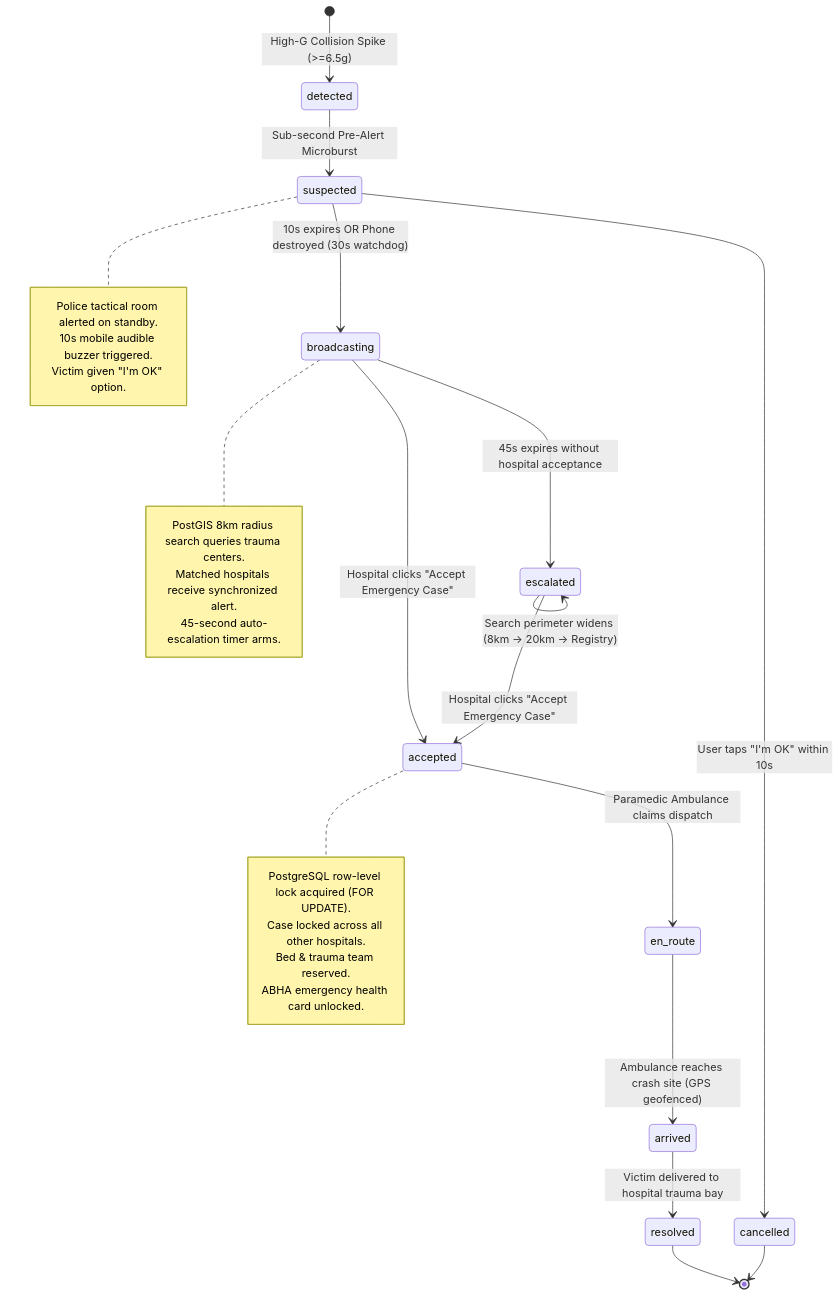
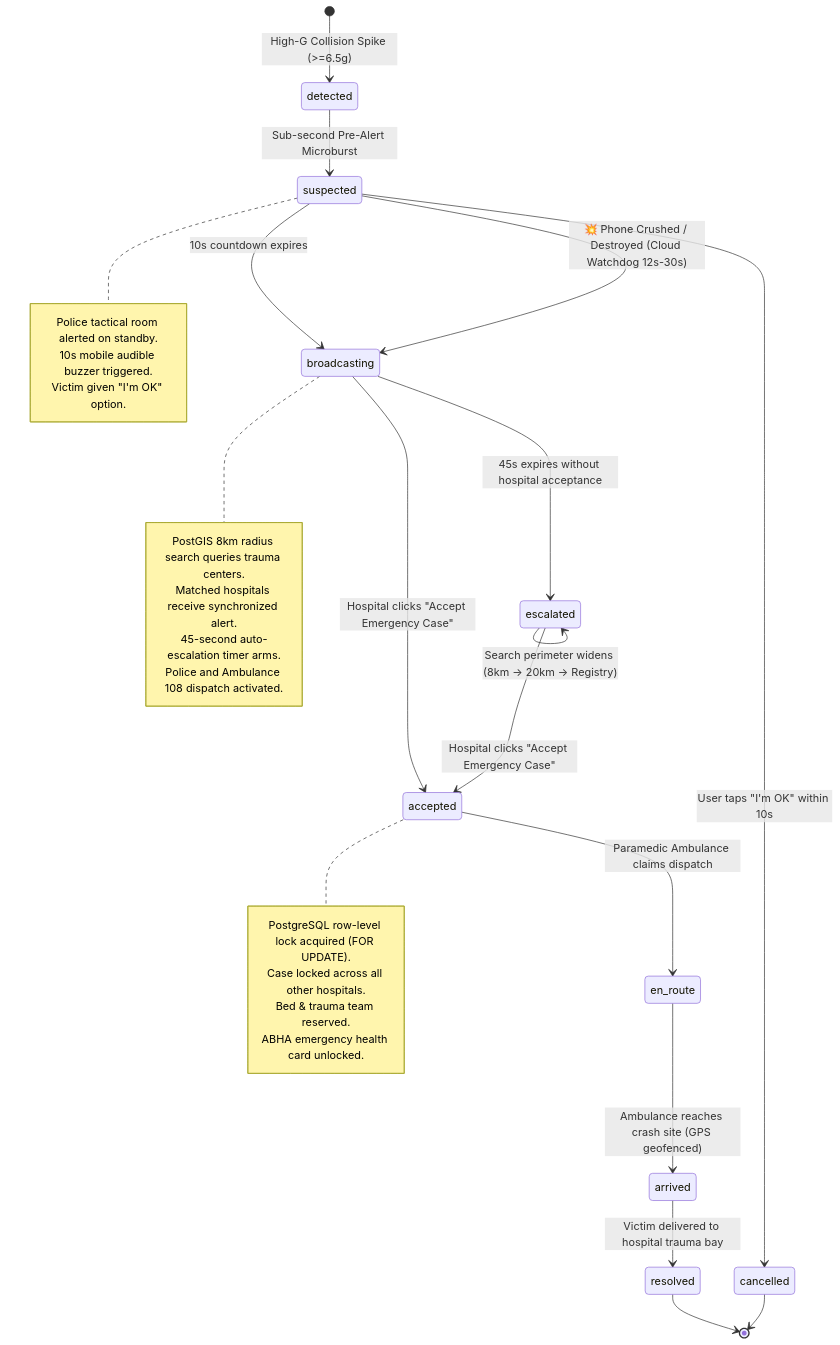
The second of 3 diagrams in README_CODEBASE_EXPLAINED.md (StevinJoseph22/Rakshak-AI), drawn with Mermaid before and after one commit. The commit also changed other lines of this file and 2 other files, not shown here.

Commit message:
docs: add catastrophic phone breakdown watchdog, 5km hospital radar with Google Maps, citizen UI revamp, and ambulance cockpit to all READMEs

````diff
--- a/README_CODEBASE_EXPLAINED.md
+++ b/README_CODEBASE_EXPLAINED.md
@@ -69,39 +73,41 @@
 ```mermaid
 stateDiagram-v2
     [*] --> detected: High-G Collision Spike (>=6.5g)
     detected --> suspected: Sub-second Pre-Alert Microburst
     
     note right of suspected
         Police tactical room alerted on standby.
         10s mobile audible buzzer triggered.
         Victim given "I'm OK" option.
     end note
 
     suspected --> cancelled: User taps "I'm OK" within 10s
-    suspected --> broadcasting: 10s expires OR Phone destroyed (30s watchdog)
+    suspected --> broadcasting: 10s countdown expires
+    suspected --> broadcasting: 💥 Phone Crushed / Destroyed (Cloud Watchdog 12s-30s)
     
     note right of broadcasting
         PostGIS 8km radius search queries trauma centers.
         Matched hospitals receive synchronized alert.
         45-second auto-escalation timer arms.
+        Police and Ambulance 108 dispatch activated.
     end note
 
     broadcasting --> escalated: 45s expires without hospital acceptance
     escalated --> escalated: Search perimeter widens (8km -> 20km -> Registry)
     
     broadcasting --> accepted: Hospital clicks "Accept Emergency Case"
     escalated --> accepted: Hospital clicks "Accept Emergency Case"
     
     note right of accepted
         PostgreSQL row-level lock acquired (FOR UPDATE).
         Case locked across all other hospitals.
         Bed & trauma team reserved.
         ABHA emergency health card unlocked.
     end note
 
     accepted --> en_route: Paramedic Ambulance claims dispatch
     en_route --> arrived: Ambulance reaches crash site (GPS geofenced)
     arrived --> resolved: Victim delivered to hospital trauma bay
     resolved --> [*]
     cancelled --> [*]
 ```
````
